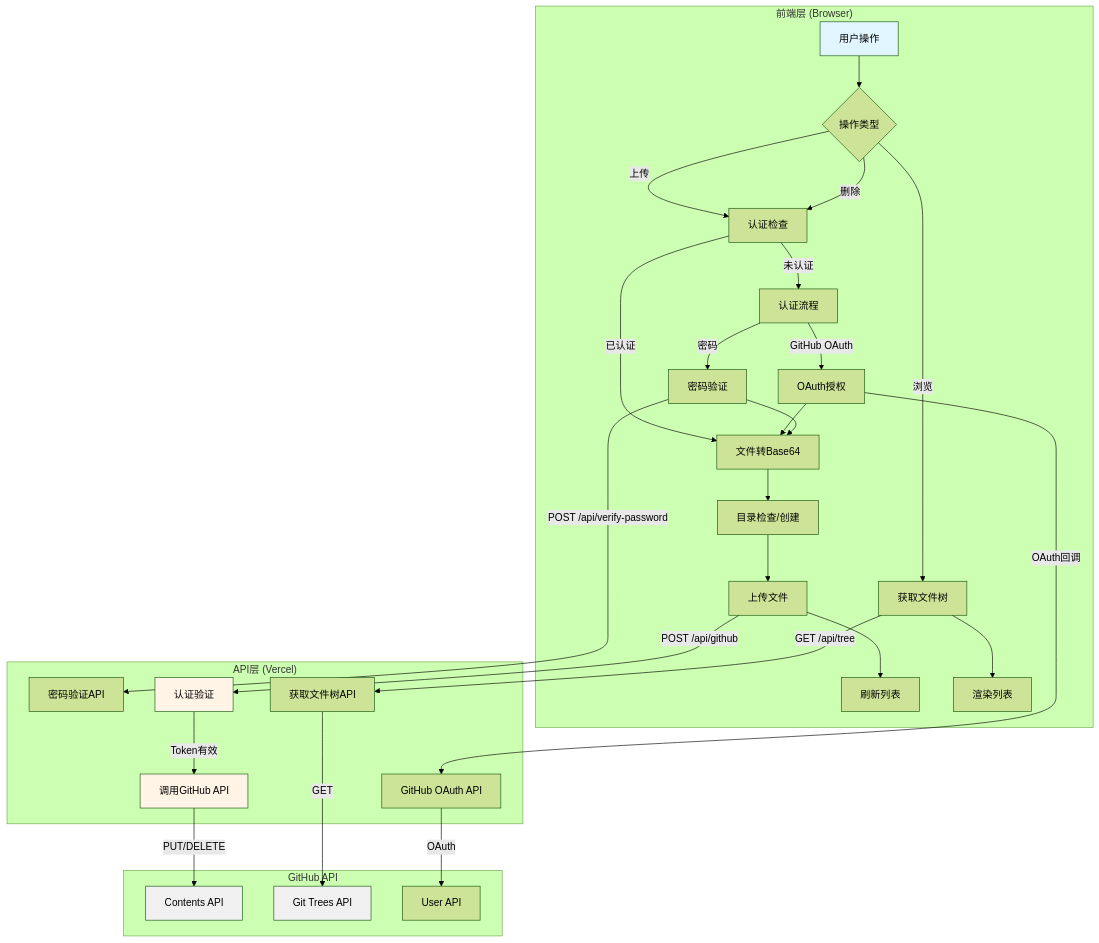
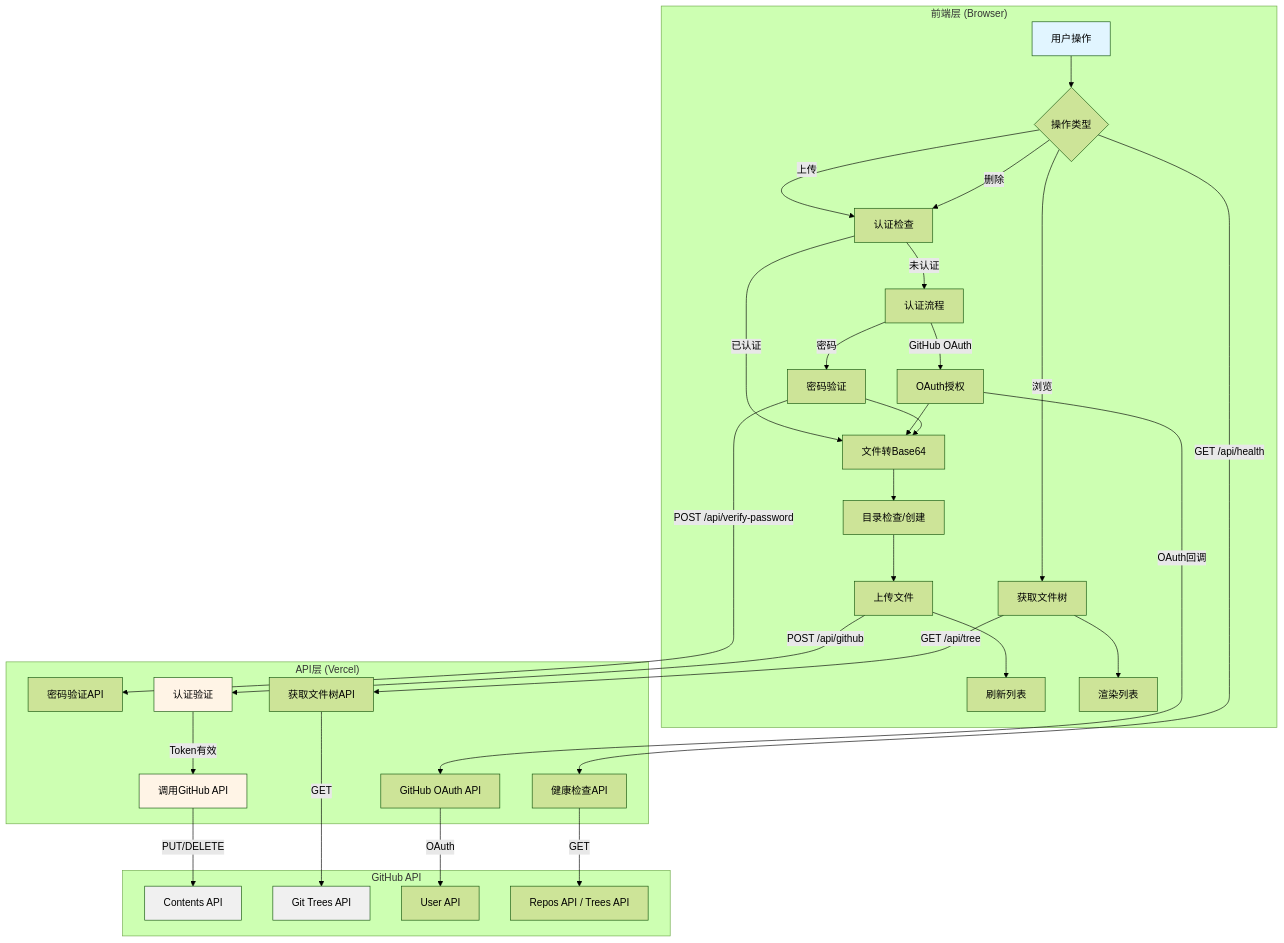
One commit to hoochanlon/picx-images-hosting changed the first of 4 diagrams in docs/architecture-flow.md. Above: the diagram before and after it, drawn with Mermaid (forest theme). The commit also changed 17 other files, not shown here.

````diff
--- a/docs/architecture-flow.md
+++ b/docs/architecture-flow.md
@@ -5,42 +5,44 @@
 ```mermaid
 flowchart TB
     subgraph "前端层 (Browser)"
         A[用户操作] --> B{操作类型}
         B -->|上传| C[认证检查]
         B -->|浏览| D[获取文件树]
         B -->|删除| C
         
         C -->|已认证| F[文件转Base64]
         C -->|未认证| E[认证流程]
         E -->|GitHub OAuth| E1[OAuth授权]
         E -->|密码| E2[密码验证]
         E1 --> F
         E2 --> F
         
         F --> G[目录检查/创建]
         G --> H[上传文件]
         H --> I[刷新列表]
         
         D --> K[渲染列表]
     end
     
     subgraph "API层 (Vercel)"
         E1 -->|OAuth回调| L1[GitHub OAuth API]
         E2 -->|POST /api/verify-password| L2[密码验证API]
         H -->|POST /api/github| L3[认证验证]
         L3 -->|Token有效| L4[调用GitHub API]
         D -->|GET /api/tree| L5[获取文件树API]
+        B -->|GET /api/health| L6[健康检查API]
     end
     
     subgraph "GitHub API"
         L4 -->|PUT/DELETE| M1[Contents API]
         L5 -->|GET| M2[Git Trees API]
         L1 -->|OAuth| M3[User API]
+        L6 -->|GET| M4[Repos API / Trees API]
     end
     
     style A fill:#e1f5ff
     style L3 fill:#fff4e6
     style L4 fill:#fff4e6
     style M1 fill:#f0f0f0
     style M2 fill:#f0f0f0
 ```
````
